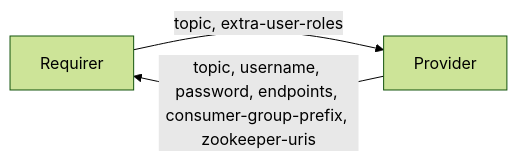
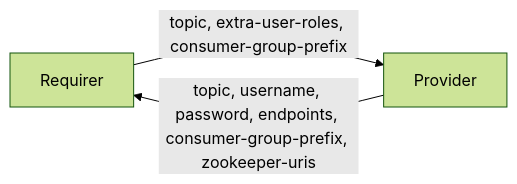
One commit to canonical/charm-relation-interfaces changed the diagram in interfaces/kafka_client/v0/README.md. Above: the diagram before and after it, drawn with Mermaid (forest theme). The commit also changed other lines of this file and 1 other file, not shown here.

Commit message:
[MISC] Adding optional consumer-group-prefix to the set of parameters provided by the requirer

````diff
--- a/interfaces/kafka_client/v0/README.md
+++ b/interfaces/kafka_client/v0/README.md
@@ -13,5 +13,5 @@
 ```mermaid
 flowchart LR
-    Requirer -- topic, extra-user-roles --> Provider
+    Requirer -- topic, extra-user-roles, consumer-group-prefix --> Provider
     Provider -- topic, username, password, endpoints, consumer-group-prefix, zookeeper-uris --> Requirer
 ```
````
